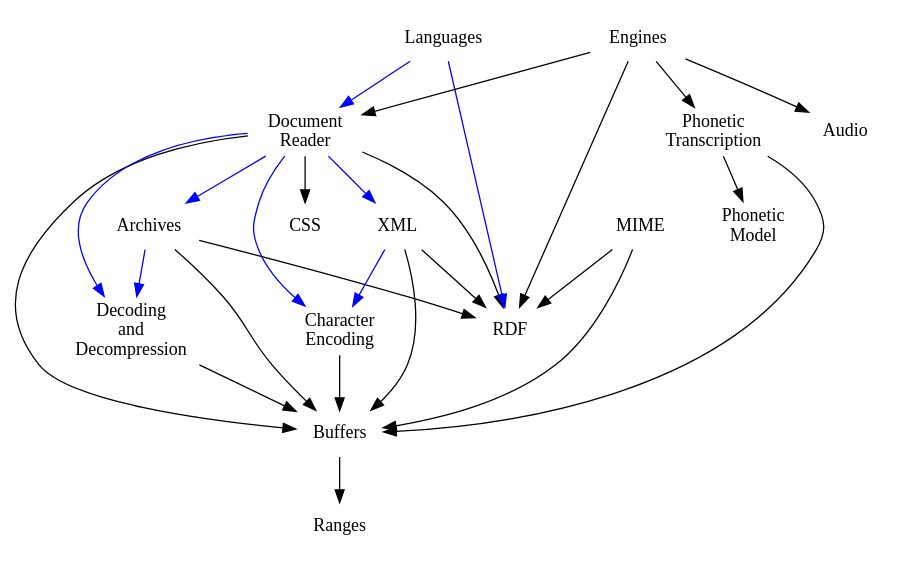
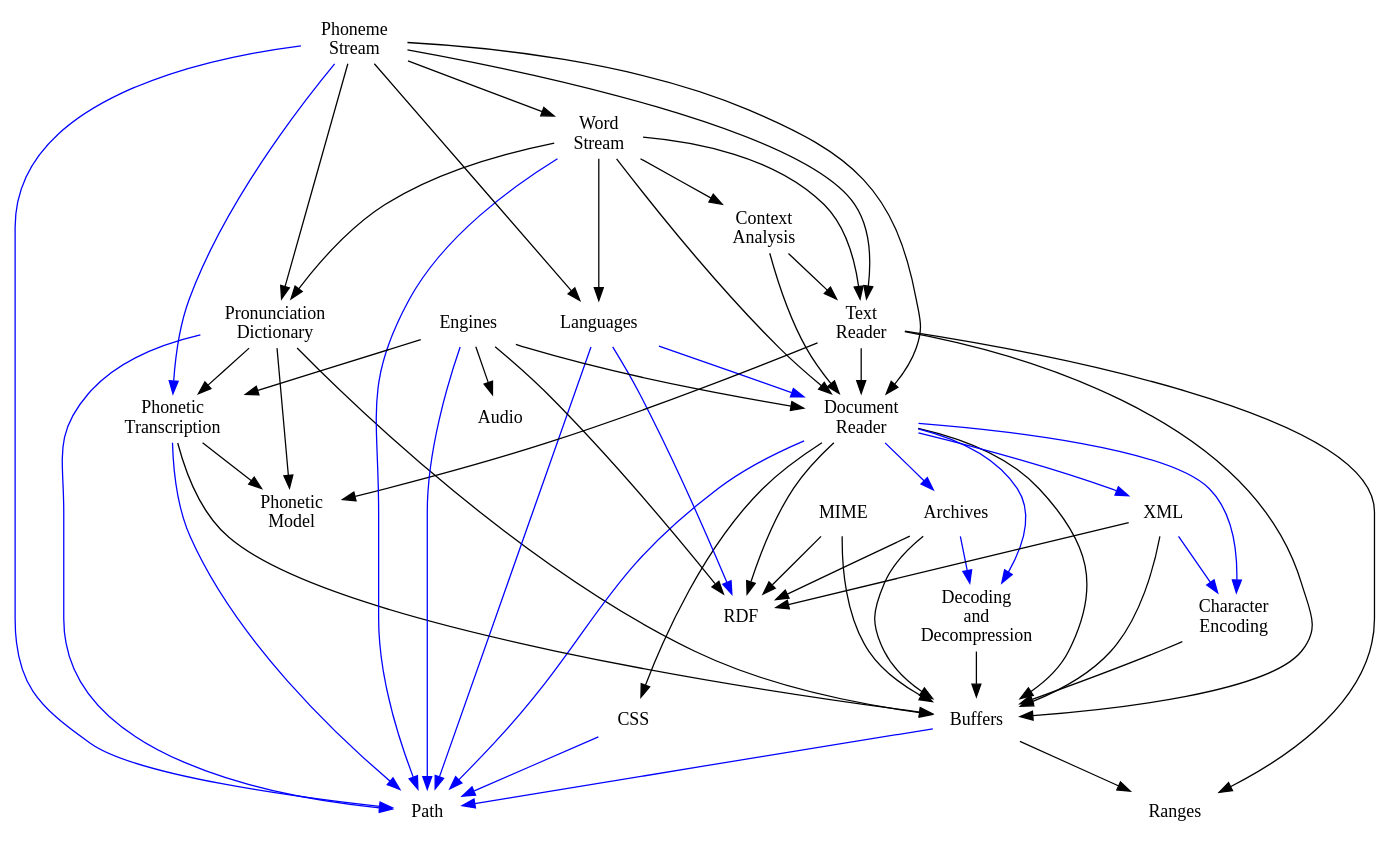
The diagram in docs/api/src/architecture.dot (rhdunn/cainteoir-engine), drawn with Graphviz before and after one commit. The commit also changed 4 other files, not shown here.

Commit message:
api: provide basic module-level documentation for the TTS APIs

```diff
--- a/docs/api/src/architecture.dot
+++ b/docs/api/src/architecture.dot
@@ -1,64 +1,109 @@
 digraph "Architecture" {
 
 	archives               [shape=none, label="Archives", URL="group__archives.html"]
 	audio                  [shape=none, label="Audio", URL="group__audio.html"]
 	buffers                [shape=none, label="Buffers", URL="group__buffers.html"]
 	encoding               [shape=none, label="Character&#x0A;Encoding", URL="group__encoding.html"]
 	css                    [shape=none, label="CSS", URL="group__css.html"]
 	decoders               [shape=none, label="Decoding&#x0A;and&#x0A;Decompression", URL="group__decoders.html"]
+	dictionary             [shape=none, label="Pronunciation&#x0A;Dictionary", URL="group__dictionary.html"]
 	document_reader        [shape=none, label="Document&#x0A;Reader", URL="group__document__reader.html"]
 	languages              [shape=none, label="Languages", URL="group__languages.html"]
 	mime                   [shape=none, label="MIME", URL="group__mime.html"]
+	path                   [shape=none, label="Path", URL="group__path.html"]
 	phoneme_model          [shape=none, label="Phonetic&#x0A;Model", URL="group__phoneme.html"]
 	phoneme_transcription  [shape=none, label="Phonetic&#x0A;Transcription", URL="group__phonetic__transcription.html"]
 	ranges                 [shape=none, label="Ranges", URL="group__ranges.html"]
 	rdf                    [shape=none, label="RDF", URL="group__rdf.html"]
+	text_reader            [shape=none, label="Text&#x0A;Reader", URL="group__text__reader.html"]
+	context_analysis       [shape=none, label="Context&#x0A;Analysis", URL="group__context__analysis.html"]
+	word_stream            [shape=none, label="Word&#x0A;Stream", URL="group__word__stream.html"]
+	phoneme_stream         [shape=none, label="Phoneme&#x0A;Stream", URL="group__phoneme__stream.html"]
 	tts_engines            [shape=none, label="Engines", URL="group__tts__engines.html"]
 	xml                    [shape=none, label="XML", URL="group__xml.html"]
 
-	// inheritance
+	// usage (API)
 
 	buffers -> ranges [color=black]
-
-	// usage (API)
 
 	archives -> buffers [color=black]
 	archives -> rdf [color=black]
 
 	decoders -> buffers [color=black]
 
 	encoding -> buffers [color=black]
+
+	dictionary -> buffers [color=black]
+	dictionary -> phoneme_model [color=black]
+	dictionary -> phoneme_transcription [color=black]
 
 	document_reader -> buffers [color=black]
 	document_reader -> rdf     [color=black]
 	document_reader -> css     [color=black]
 
 	mime -> buffers [color=black]
 	mime -> rdf [color=black]
 
 	phoneme_transcription -> buffers [color=black]
 	phoneme_transcription -> phoneme_model [color=black]
 
 	xml -> buffers [color=black]
 	xml -> rdf [color=black]
 
+	text_reader -> buffers [color=black]
+	text_reader -> ranges [color=black]
+	text_reader -> phoneme_model [color=black]
+	text_reader -> document_reader [color=black]
+
+	context_analysis -> document_reader [color=black]
+	context_analysis -> text_reader [color=black]
+
+	word_stream -> document_reader [color=black]
+	word_stream -> text_reader [color=black]
+	word_stream -> languages [color=black]
+
+	phoneme_stream -> document_reader [color=black]
+	phoneme_stream -> text_reader [color=black]
+	phoneme_stream -> languages [color=black]
+	phoneme_stream -> phoneme_transcription [color=blue]
+
 	tts_engines -> document_reader [color=black]
 	tts_engines -> audio [color=black]
 	tts_engines -> rdf [color=black]
 	tts_engines -> phoneme_transcription [color=black]
 
 	// usage (implementation)
 
 	archives -> decoders [color=blue]
 
+	buffers -> path [color=blue]
+
+	css -> path [color=blue]
+
+	dictionary -> path [color=blue]
+
 	document_reader -> archives [color=blue]
 	document_reader -> encoding [color=blue]
 	document_reader -> decoders [color=blue]
+	document_reader -> path [color=blue]
 	document_reader -> xml [color=blue]
 
 	languages -> rdf [color=blue]
 	languages -> document_reader [color=blue]
+	languages -> path [color=blue]
+
+	phoneme_transcription -> path [color=blue]
+
+	tts_engines -> path [color=blue]
+
+	word_stream -> path [color=blue]
+	word_stream -> context_analysis [color=black]
+	word_stream -> dictionary [color=black]
+
+	phoneme_stream -> path [color=blue]
+	phoneme_stream -> word_stream [color=black]
+	phoneme_stream -> dictionary [color=black]
 
 	xml -> encoding [color=blue]
 
 }
```
